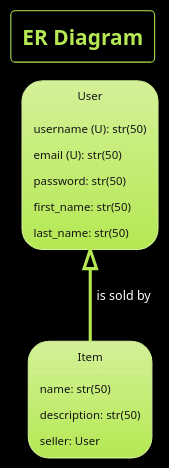
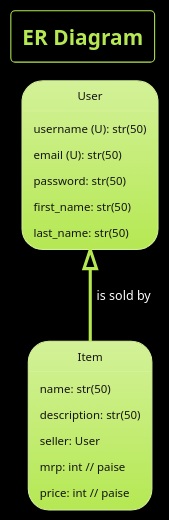
Before and after one commit to AdityaShenoy/FlipCart: the first of 4 diagrams in design.plantuml, drawn with PlantUML.

Commit message:
docs: add price fields

```diff
--- a/design.plantuml
+++ b/design.plantuml
@@ -1,23 +1,25 @@
 @startuml 1
 
     !theme hacker
     skinparam BackgroundColor black
     title "ER Diagram"
 
     object User {
         username (U): str(50)
         email (U): str(50)
         password: str(50)
         first_name: str(50)
         last_name: str(50)
     }
 
     object Item {
         name: str(50)
         description: str(50)
         seller: User
+        mrp: int // paise
+        price: int // paise
     }
 
     User <|-- Item : is sold by
 
 @enduml
```
